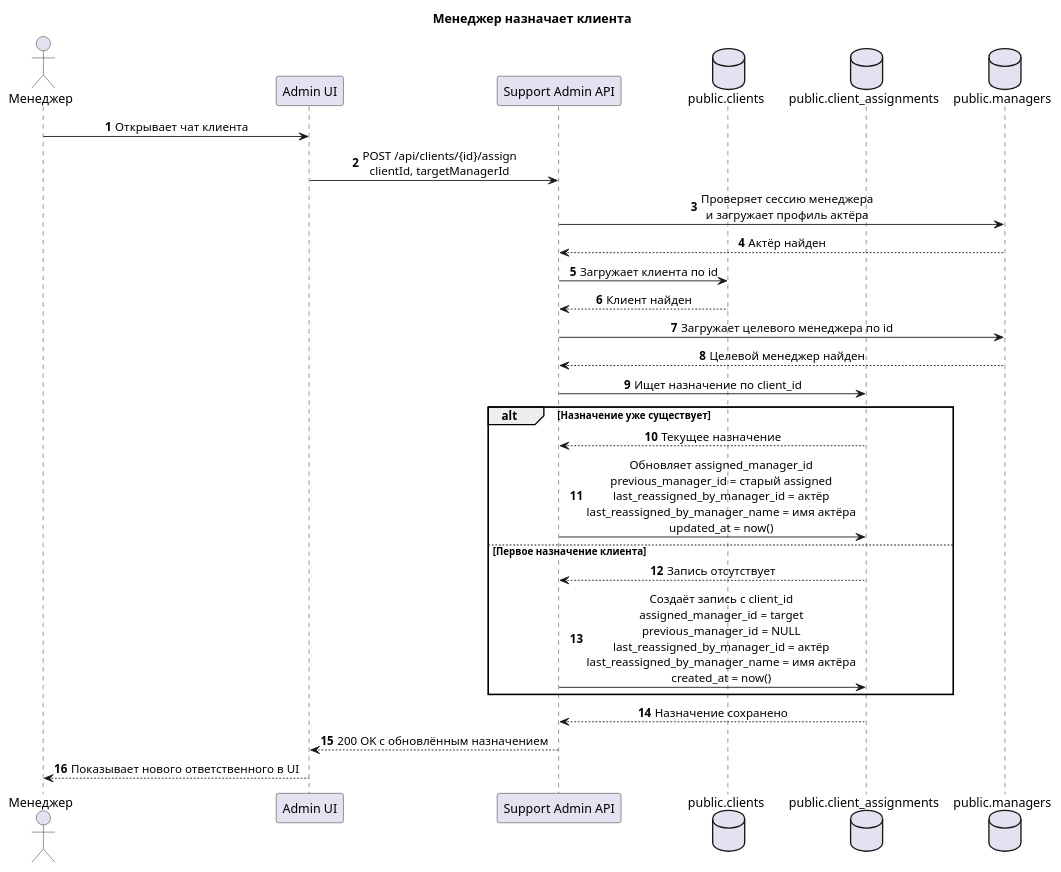
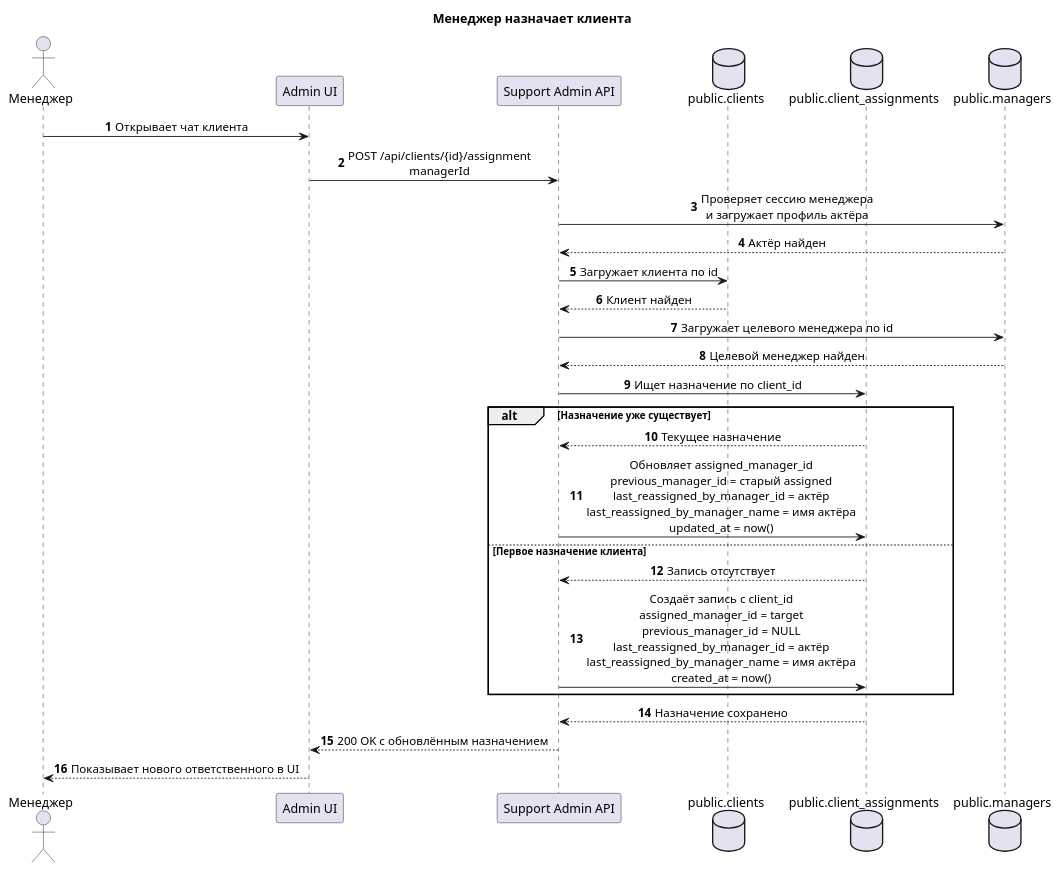
Before and after one commit to Ilja-Prihach/Full_Stack_Bot.-: the diagram in docs/sequence/01-manager-assigns-client.puml, drawn with PlantUML. The commit also changed 20 other files, not shown here.

```diff
--- a/docs/sequence/01-manager-assigns-client.puml
+++ b/docs/sequence/01-manager-assigns-client.puml
@@ -1,38 +1,38 @@
 @startuml
 title Менеджер назначает клиента
 
 autonumber
 skinparam shadowing false
 skinparam sequenceMessageAlign center
 skinparam responseMessageBelowArrow true
 
 actor "Менеджер" as manager
 participant "Admin UI" as ui
 participant "Support Admin API" as api
 database "public.clients" as clients
 database "public.client_assignments" as assignments
 database "public.managers" as managers
 
 manager -> ui : Открывает чат клиента
-ui -> api : POST /api/clients/{id}/assign\nclientId, targetManagerId
+ui -> api : POST /api/clients/{id}/assignment\nmanagerId
 api -> managers : Проверяет сессию менеджера\nи загружает профиль актёра
 managers --> api : Актёр найден
 api -> clients : Загружает клиента по id
 clients --> api : Клиент найден
 api -> managers : Загружает целевого менеджера по id
 managers --> api : Целевой менеджер найден
 api -> assignments : Ищет назначение по client_id
 
 alt Назначение уже существует
   assignments --> api : Текущее назначение
   api -> assignments : Обновляет assigned_manager_id\nprevious_manager_id = старый assigned\nlast_reassigned_by_manager_id = актёр\nlast_reassigned_by_manager_name = имя актёра\nupdated_at = now()
 else Первое назначение клиента
   assignments --> api : Запись отсутствует
   api -> assignments : Создаёт запись с client_id\nassigned_manager_id = target\nprevious_manager_id = NULL\nlast_reassigned_by_manager_id = актёр\nlast_reassigned_by_manager_name = имя актёра\ncreated_at = now()
 end
 
 assignments --> api : Назначение сохранено
 api --> ui : 200 OK с обновлённым назначением
 ui --> manager : Показывает нового ответственного в UI
 
 @enduml
```
